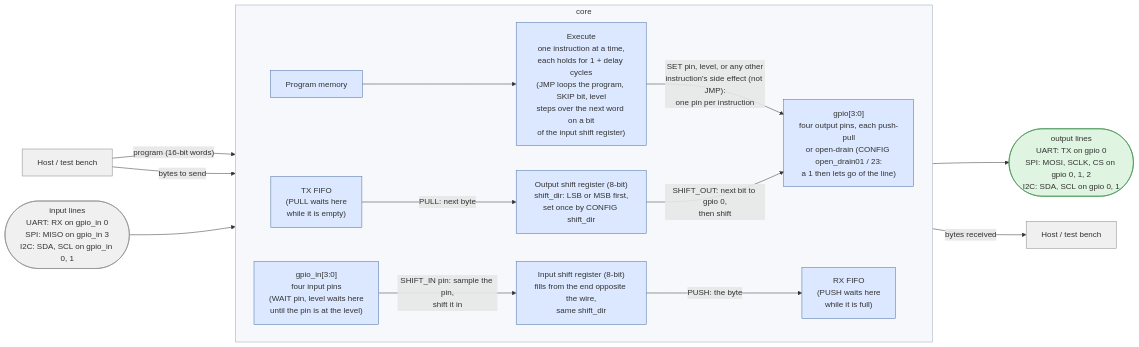
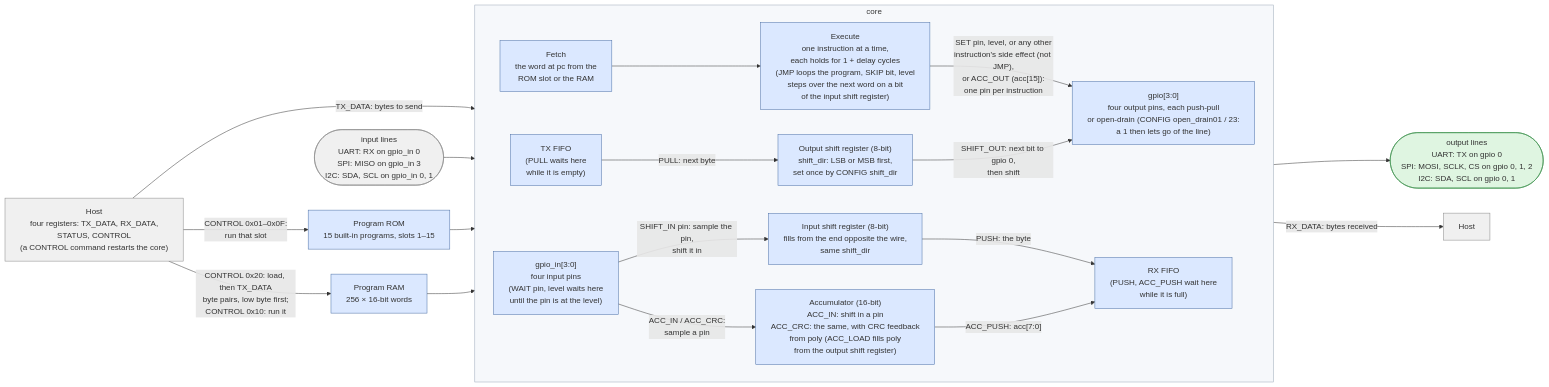
One commit to cshieldsce/smallcore changed the diagram in docs/overview.mmd. Above: the diagram before and after it, drawn with Mermaid. The commit also changed 20 other files, not shown here.

Commit message:
update diagrams: accumulator, program ram, core split in three

```diff
--- a/docs/overview.mmd
+++ b/docs/overview.mmd
@@ -1,32 +1,41 @@
+%%{init: {"flowchart": {"wrappingWidth": 320}}}%%
 %% High-level view: what goes in, what comes out, and how a byte reaches the pins.
 flowchart LR
   classDef ext fill:#f0f0f0,stroke:#888
   classDef core fill:#dbe8ff,stroke:#4a6fa5
   classDef out fill:#dff5e1,stroke:#3a8f4a
 
-  HOST["Host / test bench"]:::ext
-  HOST -->|"program (16-bit words)"| IMEM
-  HOST -->|"bytes to send"| FIFO
+  HOST["Host<br/>four registers: TX_DATA, RX_DATA,<br/>STATUS, CONTROL<br/>(a CONTROL command restarts the core)"]:::ext
+  ROM["Program ROM<br/>15 built-in programs, slots 1–15"]:::core
+  RAM["Program RAM<br/>256 × 16-bit words"]:::core
+  HOST -->|"CONTROL 0x01–0x0F:<br/>run that slot"| ROM
+  HOST -->|"CONTROL 0x20: load, then TX_DATA<br/>byte pairs, low byte first;<br/>CONTROL 0x10: run it"| RAM
+  HOST -->|"TX_DATA: bytes to send"| FIFO
   LINEIN(["input lines<br/>UART: RX on gpio_in 0<br/>SPI: MISO on gpio_in 3<br/>I2C: SDA, SCL on gpio_in 0,&nbsp;1"]):::ext --> GIN
 
   subgraph core["core"]
     direction LR
-    IMEM["Program memory"]:::core
+    IMEM["Fetch<br/>the word at pc from the<br/>ROM slot or the RAM"]:::core
     EXEC["Execute<br/>one instruction at a time,<br/>each holds for 1 + delay cycles<br/>(JMP loops the program, SKIP bit, level<br/>steps over the next word on a bit<br/>of the input shift register)"]:::core
     FIFO["TX FIFO<br/>(PULL waits here<br/>while it is empty)"]:::core
     SR["Output shift register (8-bit)<br/>shift_dir: LSB or MSB first,<br/>set once by CONFIG shift_dir"]:::core
     PIN["gpio[3:0]<br/>four output pins, each push-pull<br/>or open-drain (CONFIG open_drain01 / 23:<br/>a 1 then lets go of the line)"]:::core
     GIN["gpio_in[3:0]<br/>four input pins<br/>(WAIT pin, level waits here<br/>until the pin is at the level)"]:::core
     ISR["Input shift register (8-bit)<br/>fills from the end opposite the wire,<br/>same shift_dir"]:::core
-    RXF["RX FIFO<br/>(PUSH waits here<br/>while it is full)"]:::core
+    RXF["RX FIFO<br/>(PUSH, ACC_PUSH wait here<br/>while it is full)"]:::core
+    ACC["Accumulator (16-bit)<br/>ACC_IN: shift in a pin<br/>ACC_CRC: the same, with CRC feedback<br/>from poly (ACC_LOAD fills poly<br/>from the output shift register)"]:::core
     IMEM --> EXEC
-    EXEC -->|"SET pin, level, or any other<br/>instruction's side effect (not JMP):<br/>one pin per instruction"| PIN
+    EXEC -->|"SET pin, level, or any other<br/>instruction's side effect (not JMP),<br/>or ACC_OUT (acc[15]):<br/>one pin per instruction"| PIN
     FIFO -->|"PULL: next byte"| SR
     SR -->|"SHIFT_OUT: next bit to gpio 0,<br/>then shift"| PIN
     GIN -->|"SHIFT_IN pin: sample the pin,<br/>shift it in"| ISR
     ISR -->|"PUSH: the byte"| RXF
+    GIN -->|"ACC_IN / ACC_CRC:<br/>sample a pin"| ACC
+    ACC -->|"ACC_PUSH: acc[7:0]"| RXF
   end
 
+  ROM --> IMEM
+  RAM --> IMEM
   PIN --> LINE(["output lines<br/>UART: TX on gpio 0<br/>SPI: MOSI, SCLK, CS on gpio 0, 1, 2<br/>I2C: SDA, SCL on gpio 0,&nbsp;1"]):::out
-  RXF -->|"bytes received"| HOSTRX["Host / test bench"]:::ext
+  RXF -->|"RX_DATA: bytes received"| HOSTRX["Host"]:::ext
   style core fill:#f6f8fb,stroke:#9aa7b8
```
